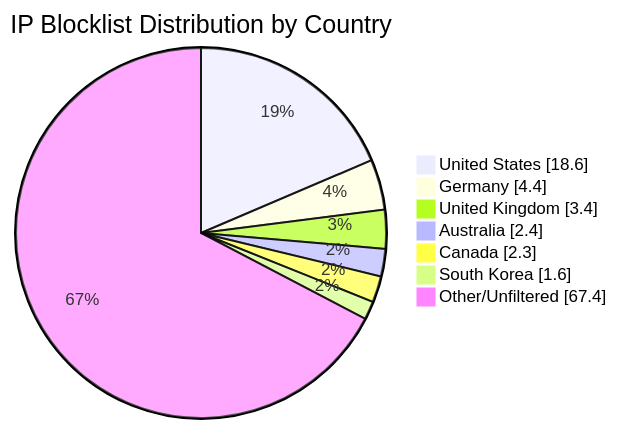
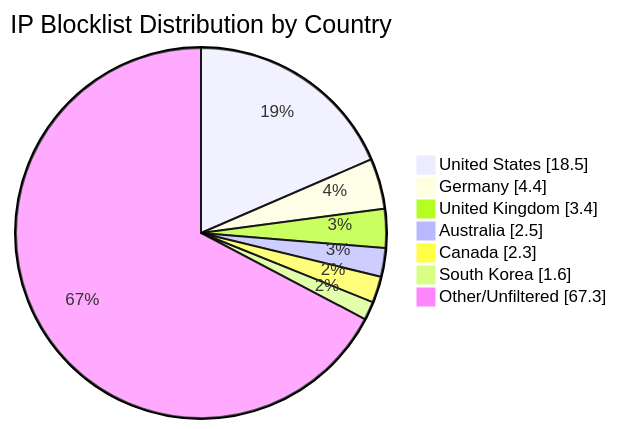
Before and after one commit to MarcusHoltz/ipblocklist-geofiltered-aggregator: the diagram in README.md, drawn with Mermaid. The commit also changed other lines of this file and 9 other files, not shown here.

````diff
--- a/README.md
+++ b/README.md
@@ -34,10 +34,10 @@
 ```mermaid
 pie showData title IP Blocklist Distribution by Country
-"United States" : 18.6
+"United States" : 18.5
 "Germany" : 4.4
 "United Kingdom" : 3.4
-"Australia" : 2.4
+"Australia" : 2.5
 "Canada" : 2.3
 "South Korea" : 1.6
-"Other/Unfiltered" : 67.4
+"Other/Unfiltered" : 67.3
 ```
````
